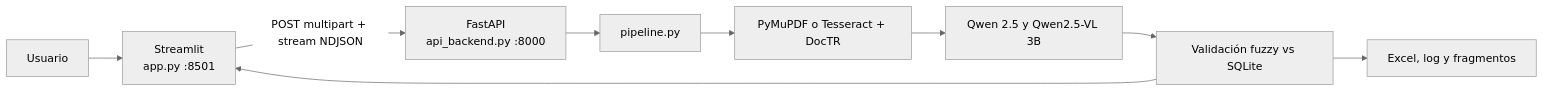
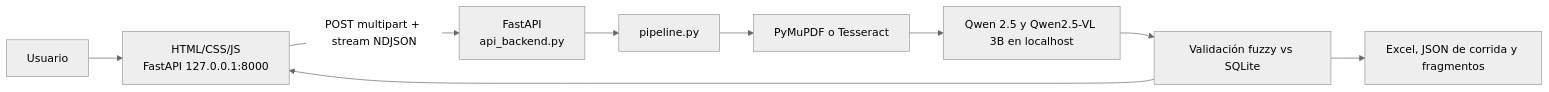
One commit to jose-JQ/manpac changed the first of 3 diagrams in README.md. Above: the diagram before and after it, drawn with Mermaid (neutral theme). The commit also changed other lines of this file and 15 other files, not shown here.

````diff
--- a/README.md
+++ b/README.md
@@ -35,11 +35,11 @@
 ```mermaid
 flowchart LR
-    usuario[Usuario] --> ui[Streamlit<br/>app.py :8501]
-    ui -->|POST multipart + stream NDJSON| api[FastAPI<br/>api_backend.py :8000]
+    usuario[Usuario] --> ui[HTML/CSS/JS<br/>FastAPI 127.0.0.1:8000]
+    ui -->|POST multipart + stream NDJSON| api[FastAPI<br/>api_backend.py]
     api --> pipe[pipeline.py]
-    pipe --> ocr[PyMuPDF o Tesseract + DocTR]
-    ocr --> llm[Qwen 2.5 y Qwen2.5-VL 3B]
+    pipe --> ocr[PyMuPDF o Tesseract]
+    ocr --> llm[Qwen 2.5 y Qwen2.5-VL 3B en localhost]
     llm --> val[Validación fuzzy vs SQLite]
-    val --> out[Excel, log y fragmentos]
+    val --> out[Excel, JSON de corrida y fragmentos]
     val --> ui
 ```
````
